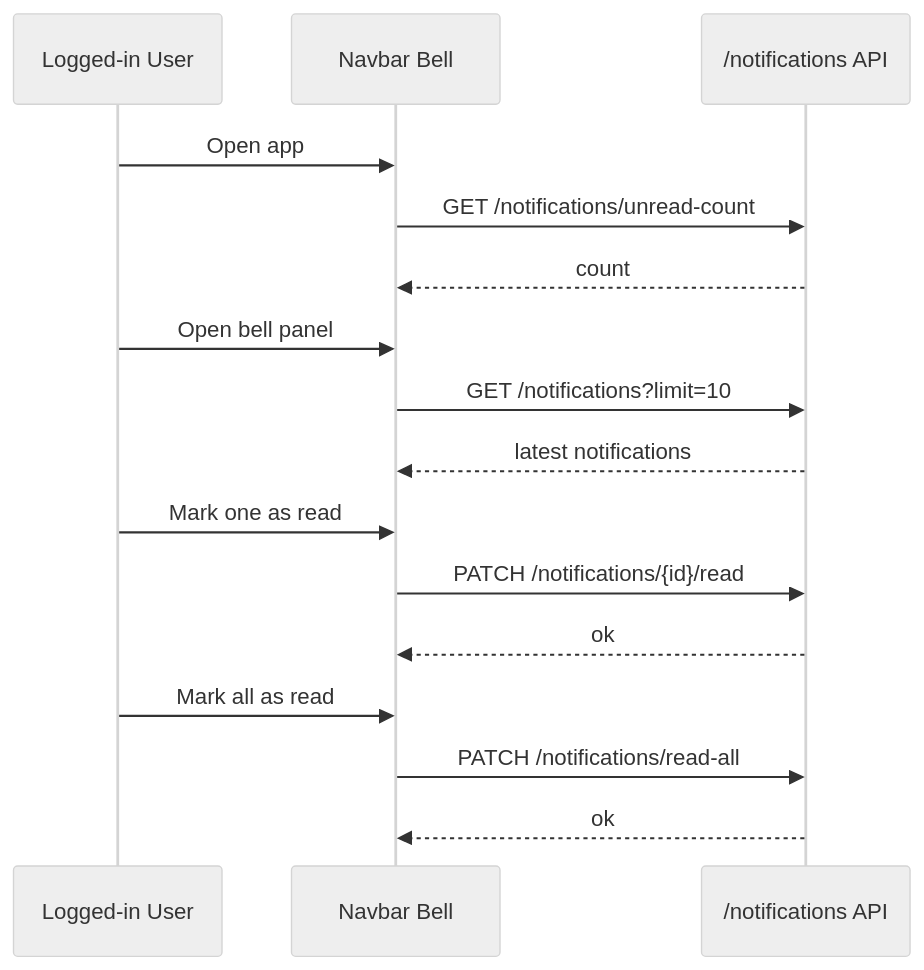
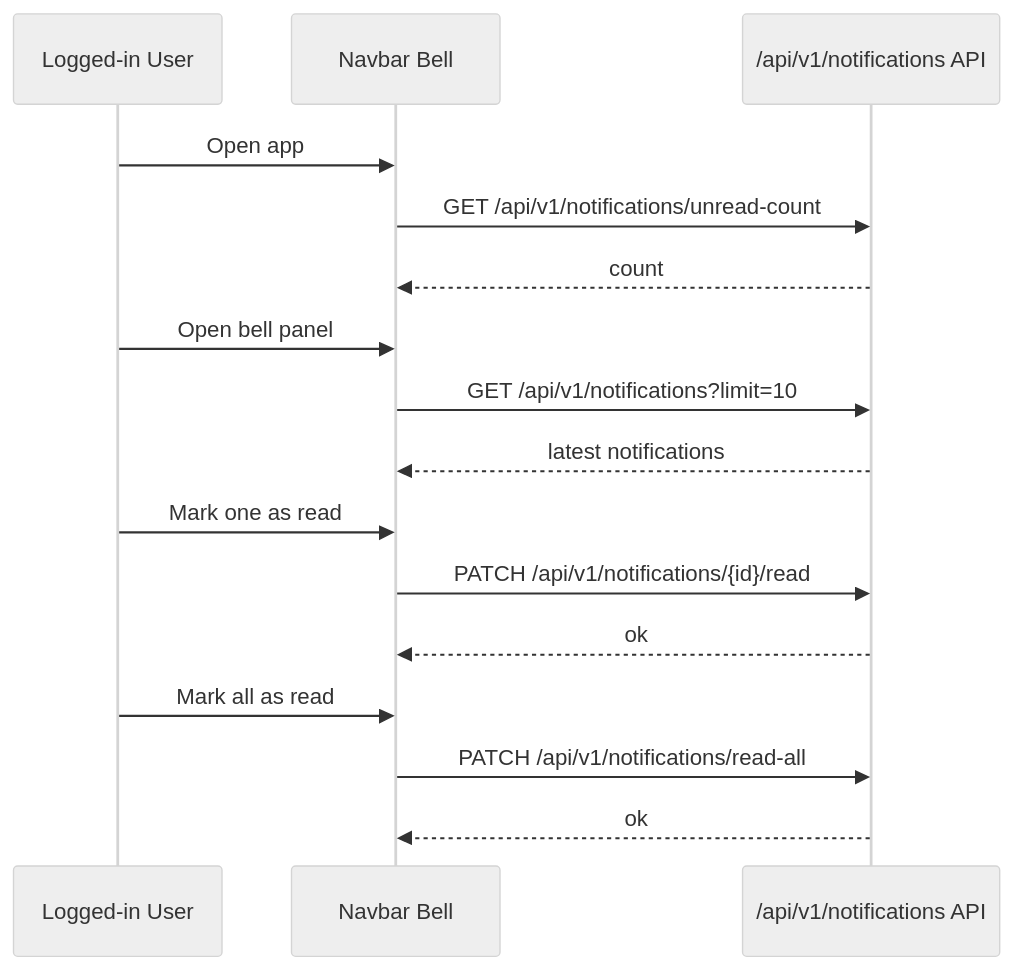
The fifth of 5 diagrams in docs/GUI_WIREFRAMES.md (ark5234/Jan-Sunwai-AI), drawn with Mermaid (neutral theme) before and after one commit. The commit also changed other lines of this file and 21 other files, not shown here.

First line of the commit message:
Update LaTeX documents and add detailed diagrams for System Architecture and Design

````diff
--- a/docs/GUI_WIREFRAMES.md
+++ b/docs/GUI_WIREFRAMES.md
@@ -95,22 +95,22 @@
 ```mermaid
 sequenceDiagram
     participant User as Logged-in User
     participant Nav as Navbar Bell
-    participant API as /notifications API
+    participant API as /api/v1/notifications API
 
     User->>Nav: Open app
-    Nav->>API: GET /notifications/unread-count
+    Nav->>API: GET /api/v1/notifications/unread-count
     API-->>Nav: count
 
     User->>Nav: Open bell panel
-    Nav->>API: GET /notifications?limit=10
+    Nav->>API: GET /api/v1/notifications?limit=10
     API-->>Nav: latest notifications
 
     User->>Nav: Mark one as read
-    Nav->>API: PATCH /notifications/{id}/read
+    Nav->>API: PATCH /api/v1/notifications/{id}/read
     API-->>Nav: ok
 
     User->>Nav: Mark all as read
-    Nav->>API: PATCH /notifications/read-all
+    Nav->>API: PATCH /api/v1/notifications/read-all
     API-->>Nav: ok
 ```
````
